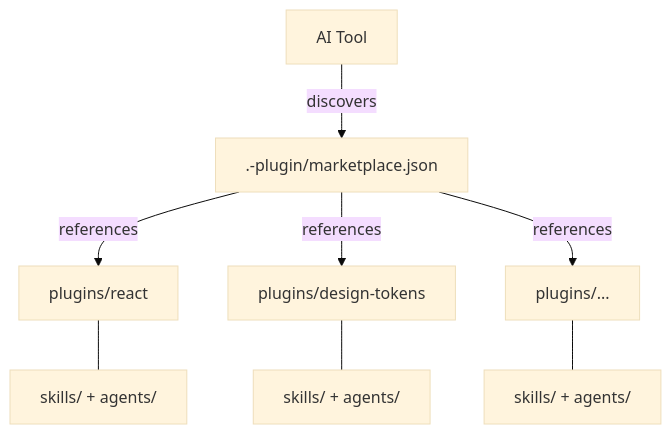
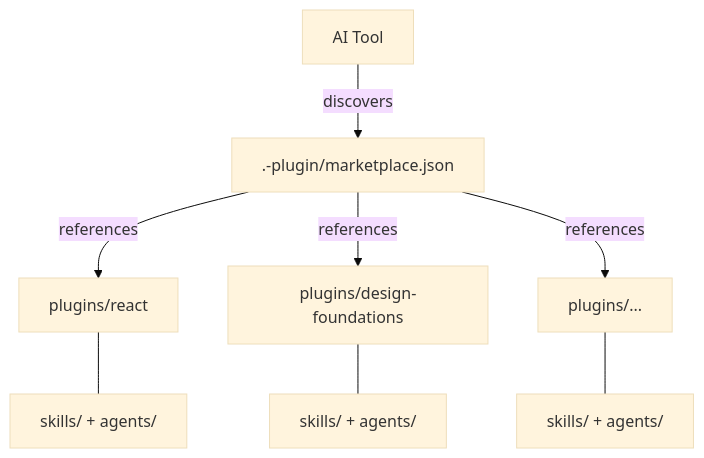
One commit to patternfly/ai-helpers changed the diagram in README.md. Above: the diagram before and after it, drawn with Mermaid (base theme). The commit also changed other lines of this file and 22 other files, not shown here.

First line of the commit message:
chore(plugins): rename design-tokens to design-foundations, relocate skills (#59)

````diff
--- a/README.md
+++ b/README.md
@@ -47,10 +46,10 @@
 ```mermaid
 graph TD
     A[AI Tool] -->|discovers| B[".<tool>-plugin/marketplace.json"]
     B -->|references| C[plugins/react]
-    B -->|references| D[plugins/design-tokens]
+    B -->|references| D[plugins/design-foundations]
     B -->|references| E[plugins/...]
     C --- F[skills/ + agents/]
     D --- G[skills/ + agents/]
     E --- H[skills/ + agents/]
 ```
````
